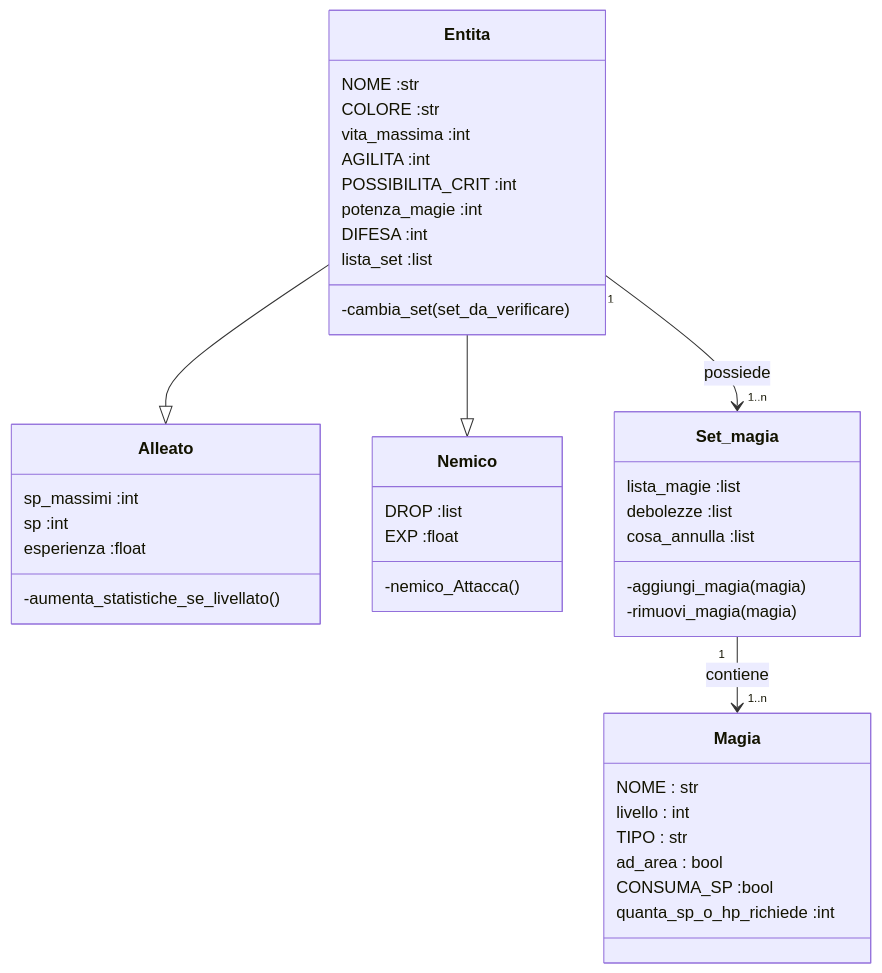
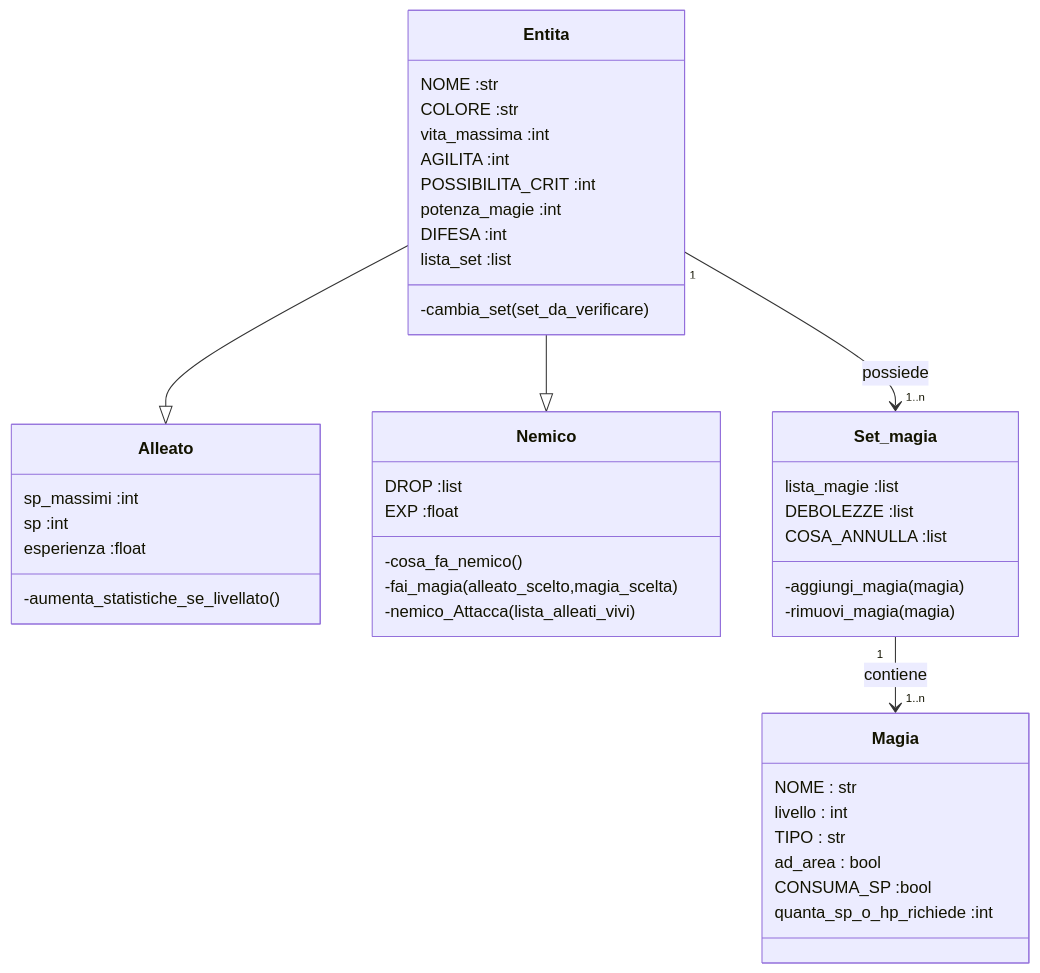
Before and after one commit to MarcoArlotti/A_simple_JRPG_on_the_CMD_RE-COMMITTED: the diagram in uml/game_logic.md, drawn with Mermaid. The commit also changed 2 other files, not shown here.

````diff
--- a/uml/game_logic.md
+++ b/uml/game_logic.md
@@ -1,49 +1,51 @@
 ```mermaid
 classDiagram
 Entita --|> Alleato
 Entita --|> Nemico
 Entita "1"--> "1..n" Set_magia :possiede
 Set_magia "1" --> "1..n" Magia :contiene
 
 class Entita {
     NOME :str
     COLORE :str
     vita_massima :int
     AGILITA :int
     POSSIBILITA_CRIT :int
     potenza_magie :int
     DIFESA :int
     lista_set :list
     -cambia_set(set_da_verificare)
 }
 
 class Alleato {
     sp_massimi :int
     sp :int
     esperienza :float
     -aumenta_statistiche_se_livellato()
 }
 
 class Nemico{
     DROP :list
     EXP :float
-    -nemico_Attacca()
+    -cosa_fa_nemico()
+    -fai_magia(alleato_scelto,magia_scelta)
+    -nemico_Attacca(lista_alleati_vivi)
 }
 
 class Set_magia {
     lista_magie :list
-    debolezze :list
-    cosa_annulla :list
+    DEBOLEZZE :list
+    COSA_ANNULLA :list
     -aggiungi_magia(magia)
     -rimuovi_magia(magia)
 }
 
 class Magia {
     NOME : str
     livello : int
     TIPO : str
     ad_area : bool
     CONSUMA_SP :bool
     quanta_sp_o_hp_richiede :int
 }
 ```
````
